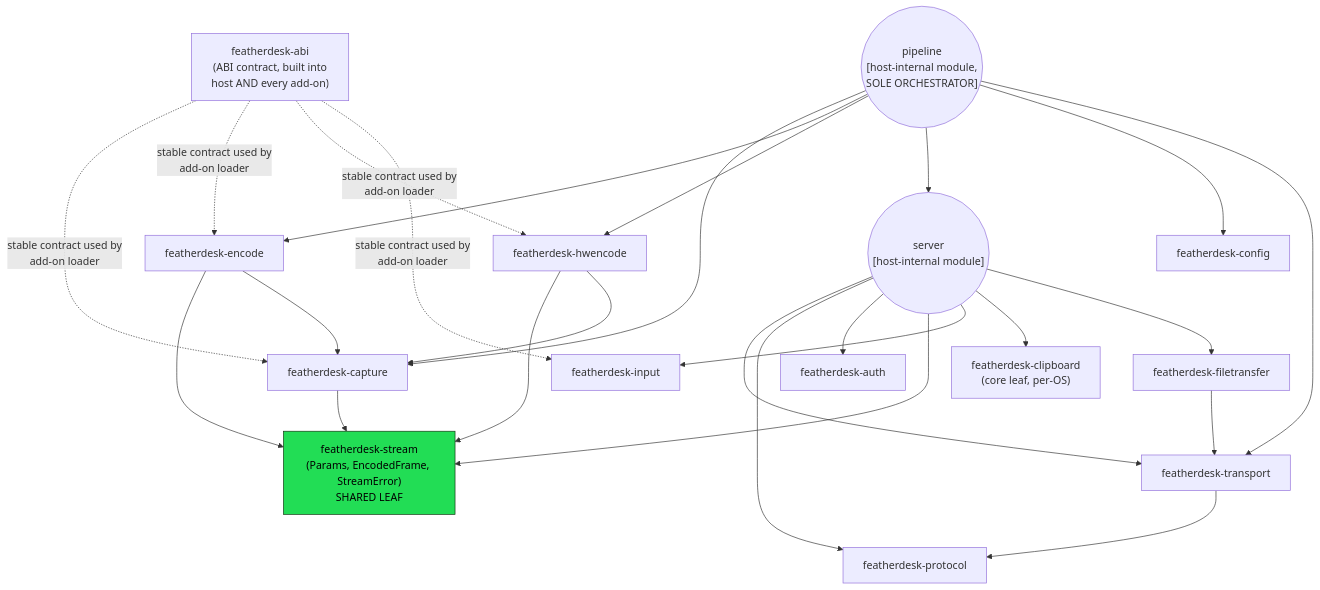
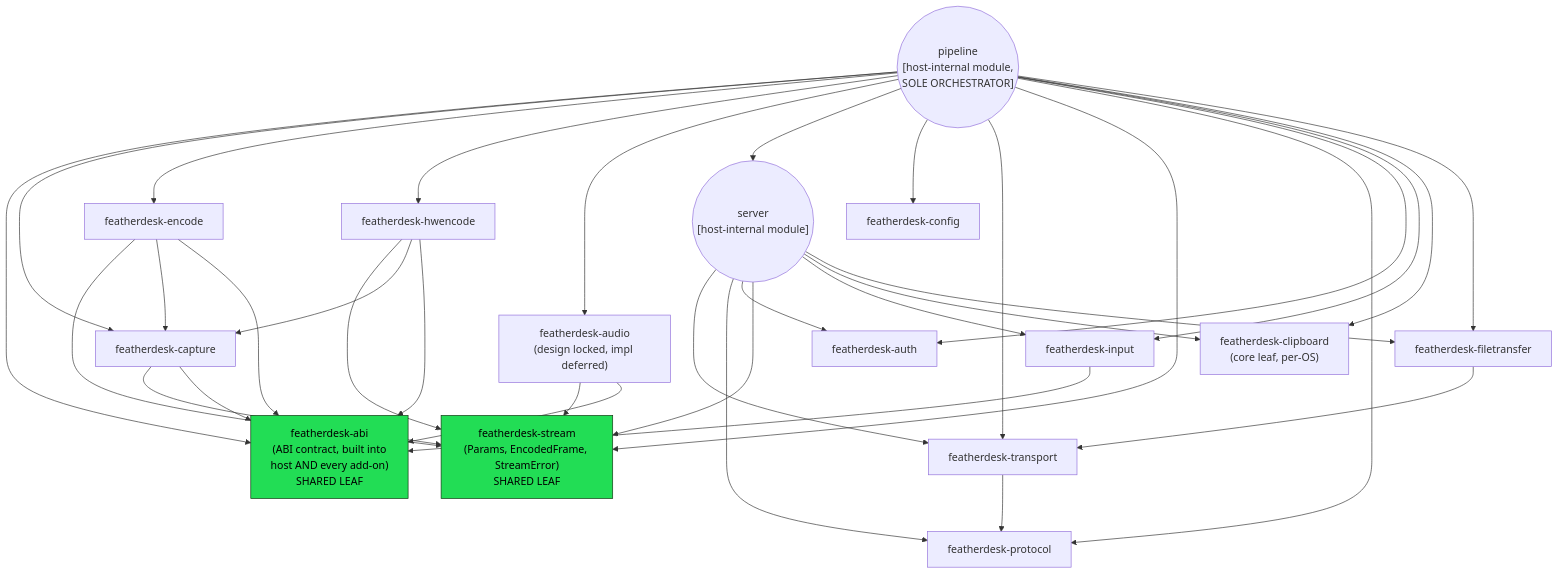
One commit to asymysh/featherdesk changed the diagram in PROJECT_ARTIFACTS/low-level-design/LOW_LEVEL_DESIGN.md. Above: the diagram before and after it, drawn with Mermaid. The commit also changed other lines of this file and 79 other files, not shown here.

````diff
--- a/PROJECT_ARTIFACTS/low-level-design/LOW_LEVEL_DESIGN.md
+++ b/PROJECT_ARTIFACTS/low-level-design/LOW_LEVEL_DESIGN.md
@@ -10,50 +10,61 @@
 ```mermaid
 graph TD
-    stream["featherdesk-stream\n(Params, EncodedFrame, StreamError)\nSHARED LEAF"]
+    stream["featherdesk-stream<br/>(Params, EncodedFrame, StreamError)<br/>SHARED LEAF"]
+    abi["featherdesk-abi<br/>(ABI contract, built into<br/>host AND every add-on)<br/>SHARED LEAF"]
 
     capture["featherdesk-capture"]
     encode["featherdesk-encode"]
     hwencode["featherdesk-hwencode"]
+    audio["featherdesk-audio<br/>(design locked, impl deferred)"]
     protocol["featherdesk-protocol"]
     transport["featherdesk-transport"]
     config["featherdesk-config"]
     auth["featherdesk-auth"]
     input["featherdesk-input"]
-    clipboard["featherdesk-clipboard\n(core leaf, per-OS)"]
+    clipboard["featherdesk-clipboard<br/>(core leaf, per-OS)"]
     filetransfer["featherdesk-filetransfer"]
-    abi["featherdesk-abi\n(ABI contract, built into\nhost AND every add-on)"]
 
-    server(("server\n[host-internal module]"))
-    pipeline(("pipeline\n[host-internal module,\nSOLE ORCHESTRATOR]"))
+    server(("server<br/>[host-internal module]"))
+    pipeline(("pipeline<br/>[host-internal module,<br/>SOLE ORCHESTRATOR]"))
 
     capture --> stream
     encode --> stream
     hwencode --> stream
+    audio --> stream
     encode --> capture
     hwencode --> capture
     transport --> protocol
+
+    capture --> abi
+    encode --> abi
+    hwencode --> abi
+    input --> abi
+    audio --> abi
+    pipeline --> abi
 
     server --> transport
     server --> protocol
     server --> auth
     server --> stream
     server --> input
     server --> clipboard
     server --> filetransfer
     filetransfer --> transport
 
     pipeline --> capture
     pipeline --> encode
     pipeline --> hwencode
+    pipeline --> audio
     pipeline --> server
     pipeline --> config
     pipeline --> transport
-
-    abi -.->|"stable contract used by\nadd-on loader"| capture
-    abi -.->|"stable contract used by\nadd-on loader"| encode
-    abi -.->|"stable contract used by\nadd-on loader"| hwencode
-    abi -.->|"stable contract used by\nadd-on loader"| input
+    pipeline --> stream
+    pipeline --> protocol
+    pipeline --> auth
+    pipeline --> input
+    pipeline --> clipboard
+    pipeline --> filetransfer
 
     classDef leaf fill:#2d5,stroke:#131,color:#000
-    class stream leaf
+    class stream,abi leaf
 ```
````
